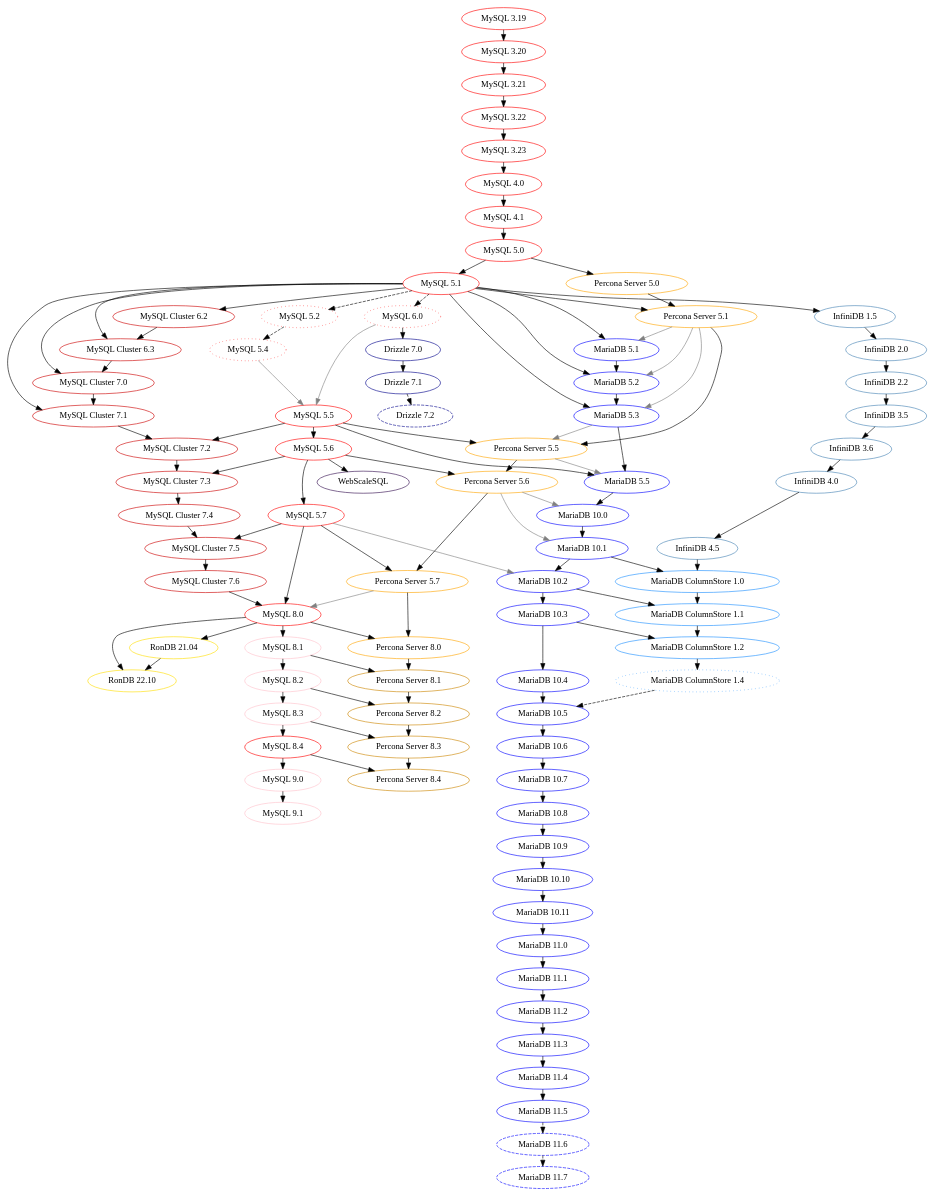
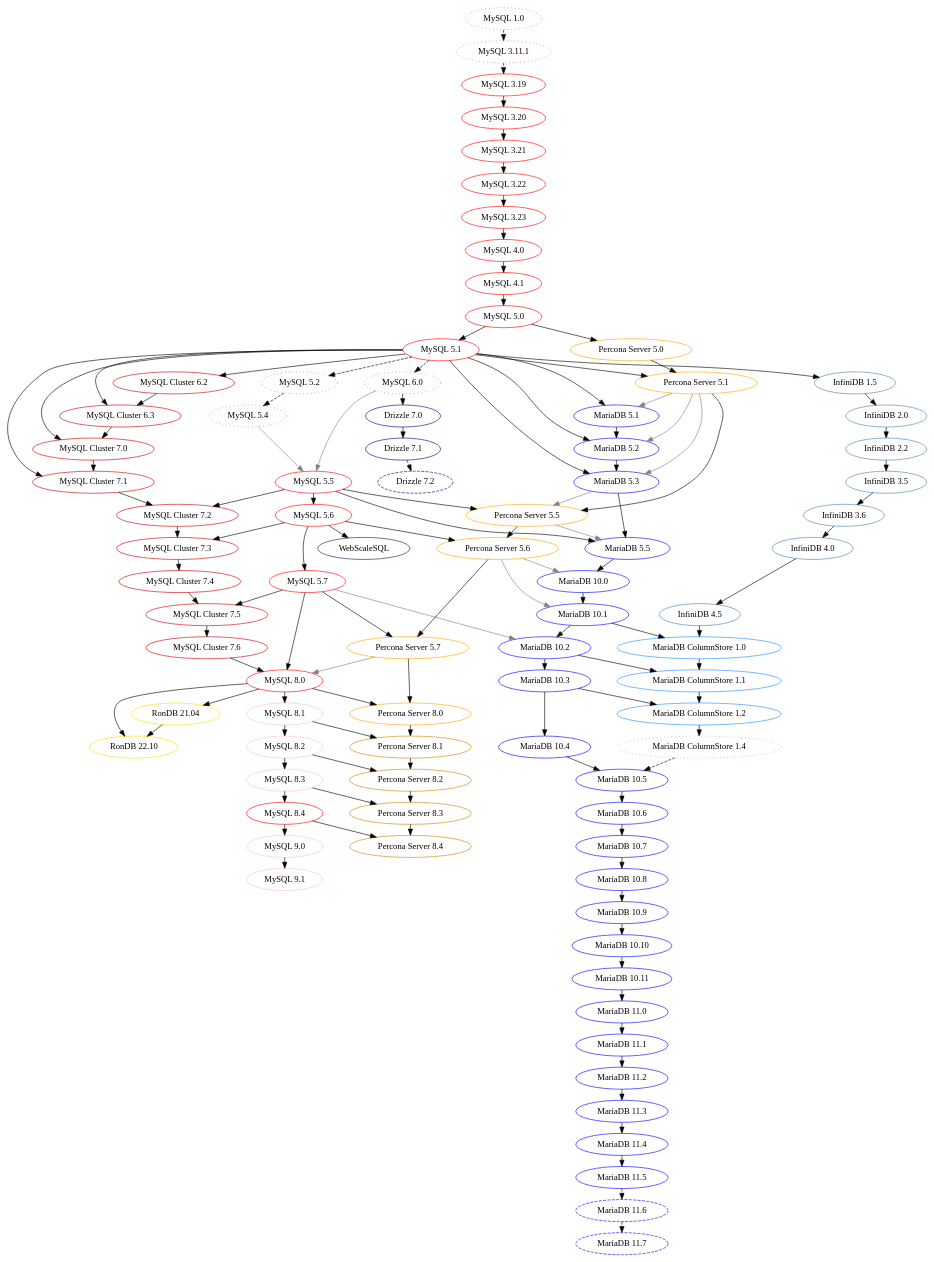
One commit to dveeden/mysql-history-graph changed the diagram in mysql-history-graph.dot. Above: the diagram before and after it, drawn with Graphviz. The commit also changed 2 other files, not shown here.

Commit message:
Add old MySQL releases

```diff
--- a/mysql-history-graph.dot
+++ b/mysql-history-graph.dot
@@ -58,9 +58,23 @@
 	"MySQL 9.0" -> "MySQL 9.1";
 
 	/* MySQL/Sun/Oracle non-GA */	
+	//
+	// "1.0 was released to a limited group of four people"
+	// "3.11.1 was released to the public as a binary distribution for Solaris"
+	//
+	// Source:
+	//   MySQL Introduction:
+	//   A look at the MySQL database--where it's been, where it is now, and where it's going.
+	//   by David Axmark and Michael Widenius
+	// https://dl.acm.org/doi/fullHtml/10.5555/328036.328041
+
+	"MySQL 1.0" [color="red",style="dotted"];
+	"MySQL 3.11.1" [color="red",style="dotted"];
 	"MySQL 5.2" [color="red",style="dotted"];
 	"MySQL 5.4" [color="red",style="dotted"];
 	"MySQL 6.0" [color="red",style="dotted"];
+	"MySQL 1.0" -> "MySQL 3.11.1" [style="dashed"];
+	"MySQL 3.11.1" -> "MySQL 3.19" [style="dashed"];
 	"MySQL 5.1" -> "MySQL 5.2" [style="dashed"];
 	"MySQL 5.1" -> "MySQL 6.0" [style="dashed"];
 	"MySQL 5.2" -> "MySQL 5.4" [style="dashed"];
```
